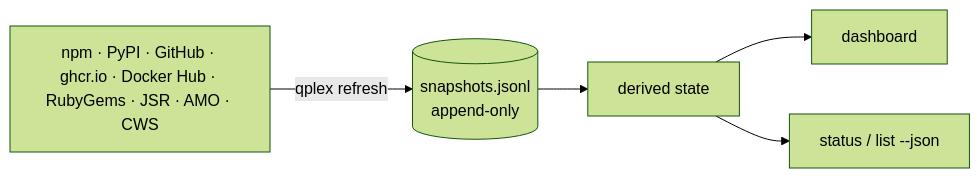
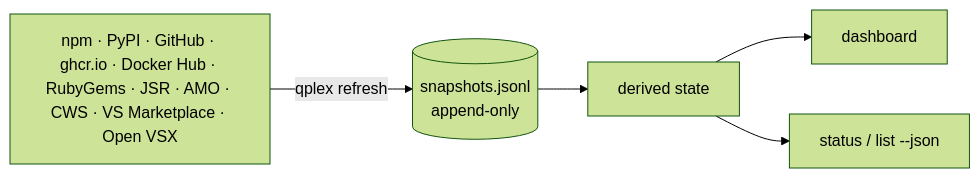
The diagram in README.md (shbernal/quadraplex), drawn with Mermaid (forest theme) before and after one commit. The commit also changed other lines of this file and 30 other files, not shown here.

Commit message:
feat: VS Code extensions on the Visual Studio Marketplace and Open VSX (#6)

````diff
--- a/README.md
+++ b/README.md
@@ -112,7 +114,7 @@
 ```mermaid
 flowchart LR
-  R[npm · PyPI · GitHub · ghcr.io · Docker Hub · RubyGems · JSR · AMO · CWS] -->|qplex refresh| S[(snapshots.jsonl<br>append-only)]
+  R[npm · PyPI · GitHub · ghcr.io · Docker Hub · RubyGems · JSR · AMO · CWS · VS Marketplace · Open VSX] -->|qplex refresh| S[(snapshots.jsonl<br>append-only)]
   S --> D[derived state]
   D --> T[dashboard]
   D --> J[status / list --json]
 ```
````
